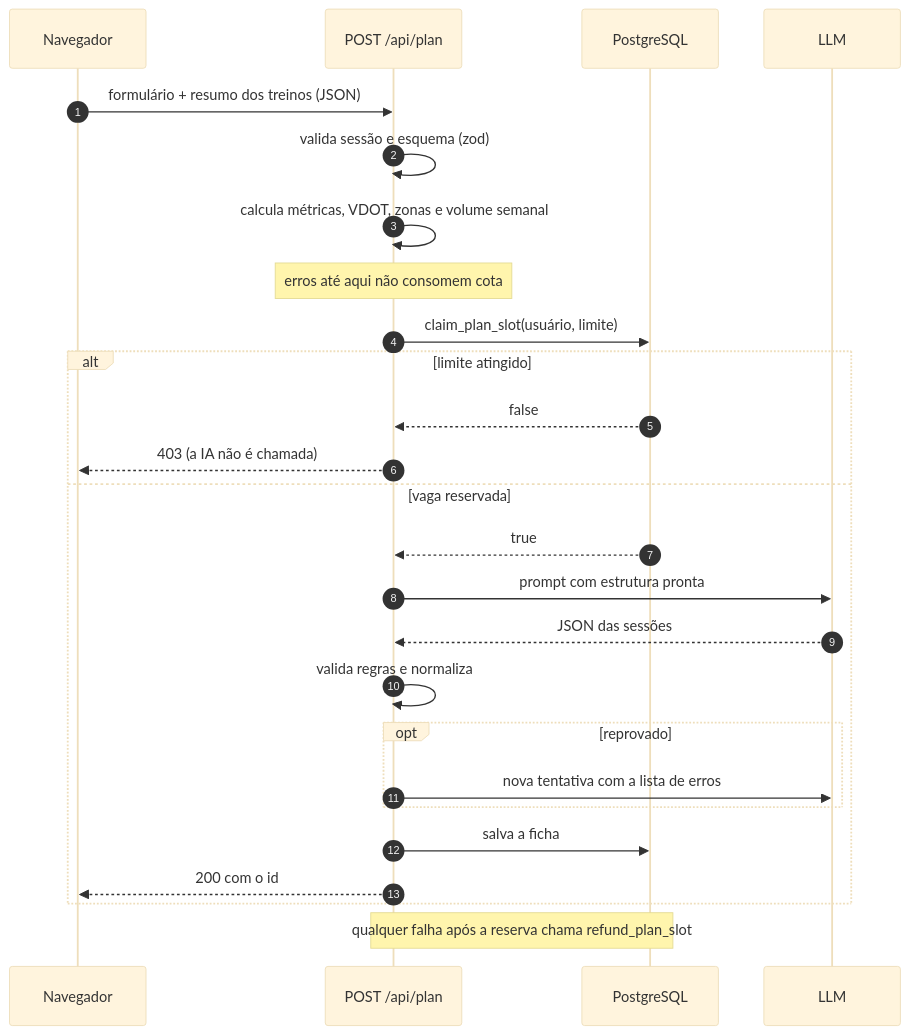
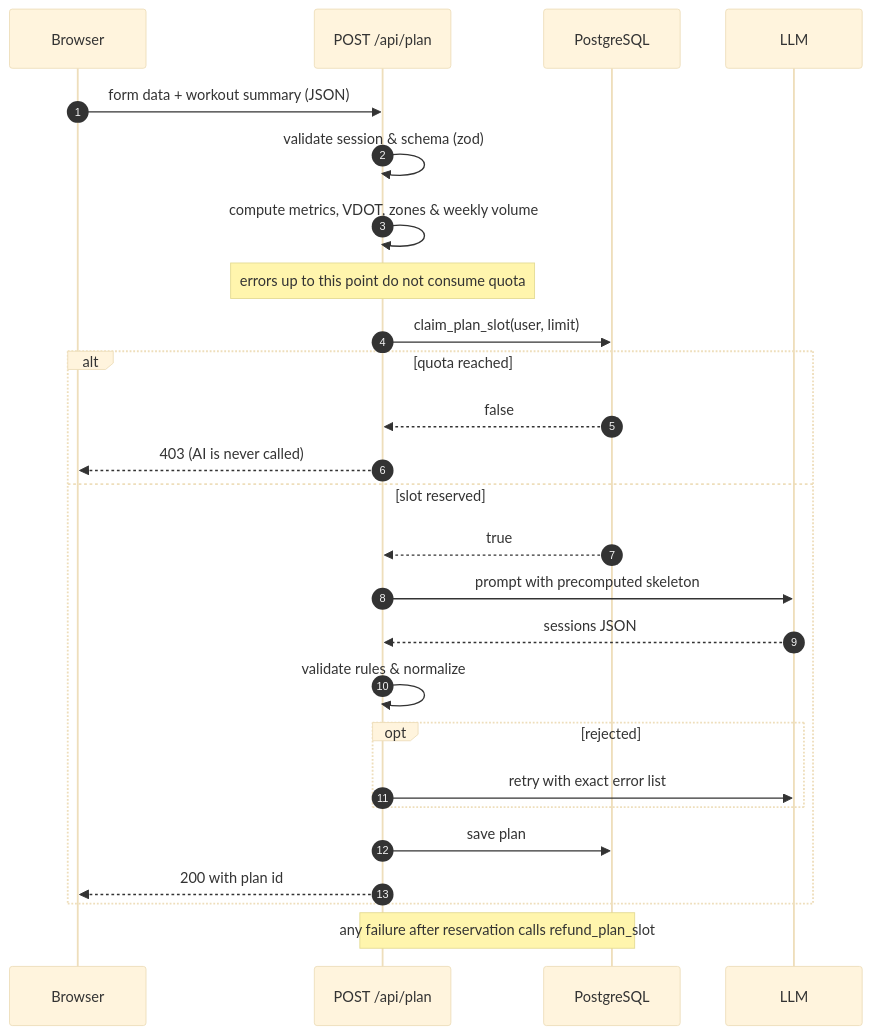
The second of 3 diagrams in docs/architecture.md (upedrooo/Evolux-Run-Coach), drawn with Mermaid (base theme) before and after one commit. The commit also changed other lines of this file and 34 other files, not shown here.

````diff
--- a/docs/architecture.md
+++ b/docs/architecture.md
@@ -39,29 +39,29 @@
 ```mermaid
 sequenceDiagram
   autonumber
-  participant U as Navegador
+  participant U as Browser
   participant A as POST /api/plan
   participant D as PostgreSQL
   participant L as LLM
 
-  U->>A: formulário + resumo dos treinos (JSON)
-  A->>A: valida sessão e esquema (zod)
-  A->>A: calcula métricas, VDOT, zonas e volume semanal
-  Note over A: erros até aqui não consomem cota
-  A->>D: claim_plan_slot(usuário, limite)
-  alt limite atingido
+  U->>A: form data + workout summary (JSON)
+  A->>A: validate session & schema (zod)
+  A->>A: compute metrics, VDOT, zones & weekly volume
+  Note over A: errors up to this point do not consume quota
+  A->>D: claim_plan_slot(user, limit)
+  alt quota reached
     D-->>A: false
-    A-->>U: 403 (a IA não é chamada)
-  else vaga reservada
+    A-->>U: 403 (AI is never called)
+  else slot reserved
     D-->>A: true
-    A->>L: prompt com estrutura pronta
-    L-->>A: JSON das sessões
-    A->>A: valida regras e normaliza
-    opt reprovado
-      A->>L: nova tentativa com a lista de erros
+    A->>L: prompt with precomputed skeleton
+    L-->>A: sessions JSON
+    A->>A: validate rules & normalize
+    opt rejected
+      A->>L: retry with exact error list
     end
-    A->>D: salva a ficha
-    A-->>U: 200 com o id
+    A->>D: save plan
+    A-->>U: 200 with plan id
   end
-  Note over A,D: qualquer falha após a reserva chama refund_plan_slot
+  Note over A,D: any failure after reservation calls refund_plan_slot
 ```
````
